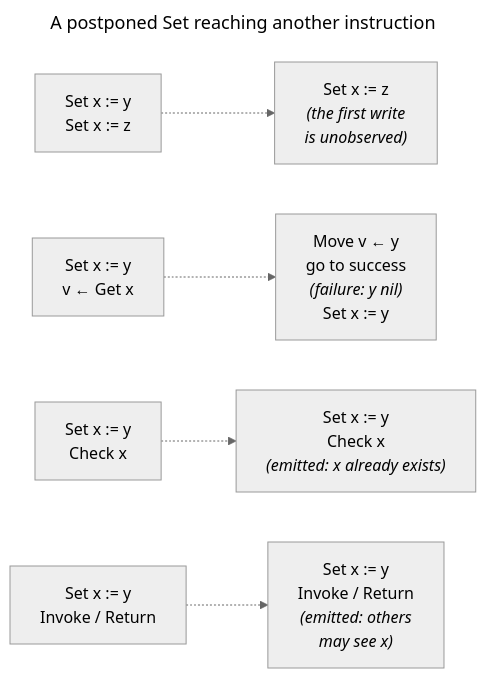
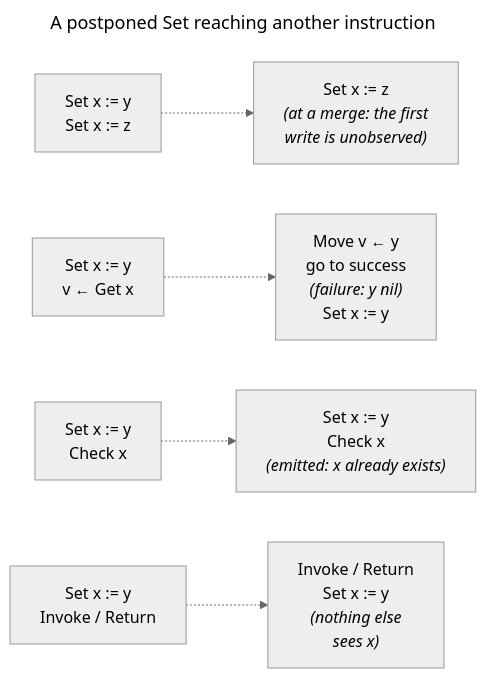
Before and after one commit to AvailLang/Avail: the second of 3 diagrams in avail/doc/Optimization/Level_Two/Variable_elision.md, drawn with Mermaid (neutral theme). The commit also changed other lines of this file and 20 other files, not shown here.

````diff
--- a/avail/doc/Optimization/Level_Two/Variable_elision.md
+++ b/avail/doc/Optimization/Level_Two/Variable_elision.md
@@ -150,16 +186,17 @@
 ```mermaid
 ---
 title: A postponed Set reaching another instruction
 ---
 flowchart LR
  Set["Set x := y<br>Set x := z"]
- Set .-> Set'["Set x := z<br><i>(the first write<br>is unobserved)</i>"]
+ Set'["Set x := z<br><i>(at a merge: the first<br>write is unobserved)</i>"]
+ Set .-> Set'
  Get["Set x := y<br>v ← Get x"]
  Get'["Move v ← y<br>go to success<br><i>(failure: y nil)</i><br>Set x := y"]
  Get .-> Get'
  Check["Set x := y<br>Check x"]
  Check .-> Check'["Set x := y<br>Check x<br><i>(emitted: x already exists)</i>"]
  Call["Set x := y<br>Invoke / Return"]
- Call'["Set x := y<br>Invoke / Return<br><i>(emitted: others<br>may see x)</i>"]
+ Call'["Invoke / Return<br>Set x := y<br><i>(nothing else<br>sees x)</i>"]
  Call .-> Call'
 ```
````
